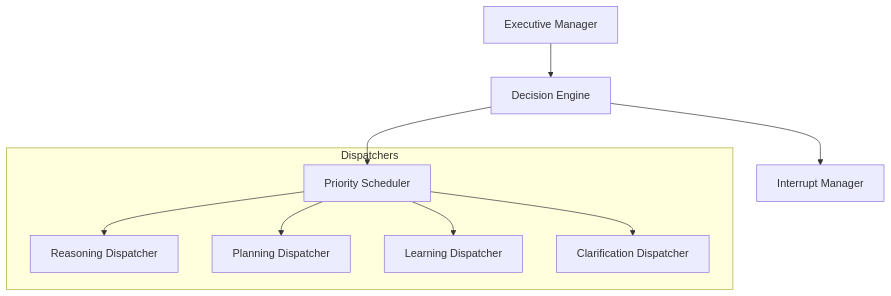
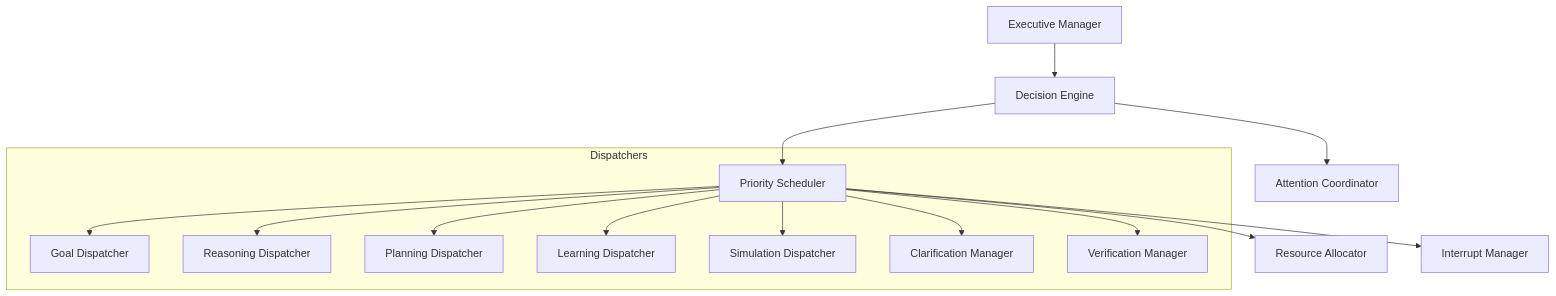
Before and after one commit to HNDS-HSCI/ai-model: the first of 2 diagrams in docs/architecture/cognition/Executive_Controller_Architecture_ECA_1.md, drawn with Mermaid. The commit also changed other lines of this file, not shown here.

First line of the commit message:
Milestone 2 Inception: Expand Executive Controller Architecture (ECA-1) with Exhaustive Schedulers Details (v0.1.0-alpha)

````diff
--- a/docs/architecture/cognition/Executive_Controller_Architecture_ECA_1.md
+++ b/docs/architecture/cognition/Executive_Controller_Architecture_ECA_1.md
@@ -36,13 +43,18 @@
 ```mermaid
 graph TD
-    EM["Executive Manager"] --> RE["Decision Engine"]
-    RE --> TS["Priority Scheduler"]
-    RE --> IM["Interrupt Manager"]
+    EM["Executive Manager"] --> DE["Decision Engine"]
+    DE --> AC["Attention Coordinator"]
+    DE --> PS["Priority Scheduler"]
+    PS --> RA["Resource Allocator"]
+    PS --> IM["Interrupt Manager"]
     
     subgraph Dispatchers
-        TS --> RD["Reasoning Dispatcher"]
-        TS --> PD["Planning Dispatcher"]
-        TS --> LD["Learning Dispatcher"]
-        TS --> CD["Clarification Dispatcher"]
+        PS --> GD["Goal Dispatcher"]
+        PS --> RD["Reasoning Dispatcher"]
+        PS --> PD["Planning Dispatcher"]
+        PS --> LD["Learning Dispatcher"]
+        PS --> SD["Simulation Dispatcher"]
+        PS --> CM["Clarification Manager"]
+        PS --> VM["Verification Manager"]
     end
 ```
````
